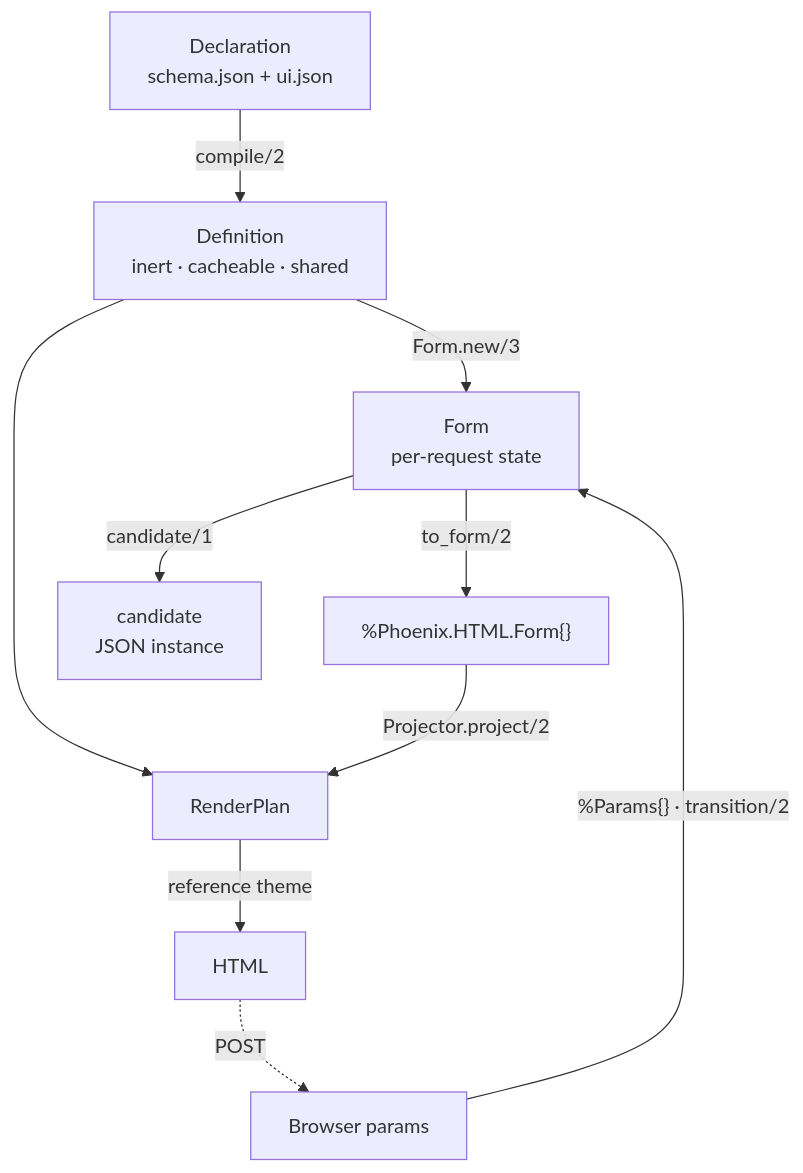
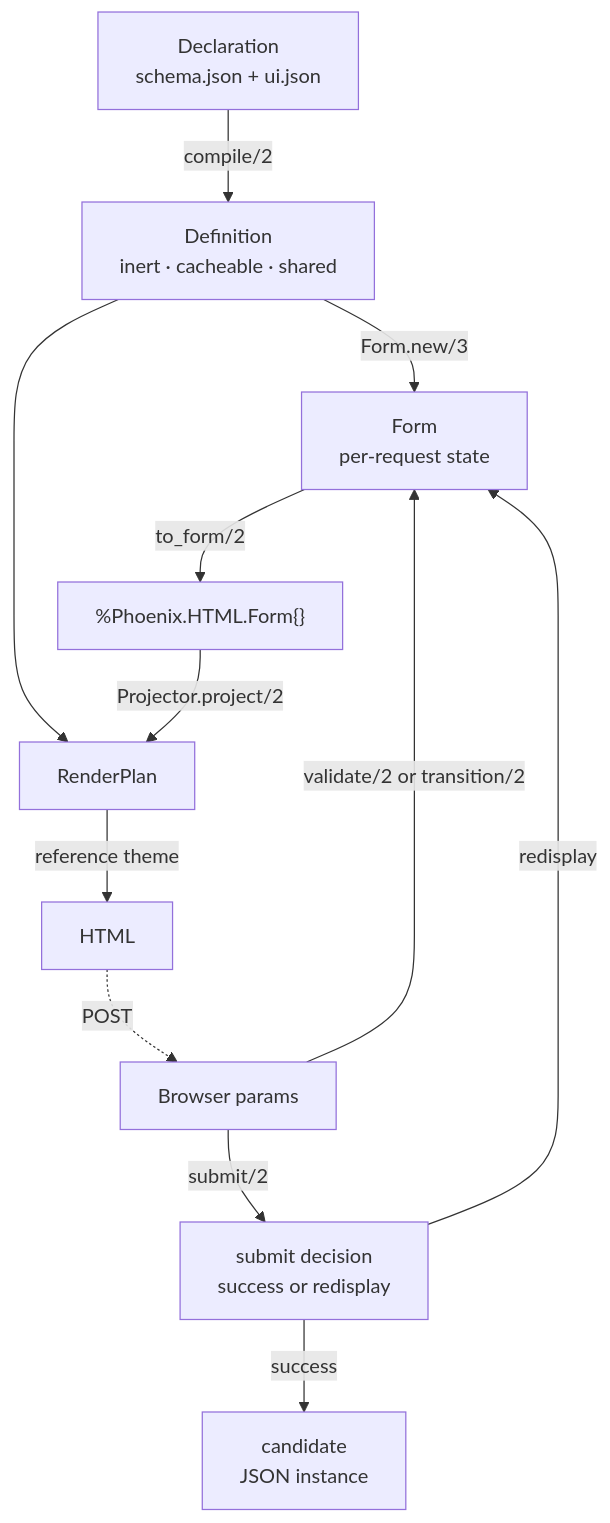
One commit to kioopi/formentation changed the diagram in docs/Formentation/Techdocs/end-to-end-data-flow.md. Above: the diagram before and after it, drawn with Mermaid. The commit also changed other lines of this file and 28 other files, not shown here.

````diff
--- a/docs/Formentation/Techdocs/end-to-end-data-flow.md
+++ b/docs/Formentation/Techdocs/end-to-end-data-flow.md
@@ -29,23 +29,26 @@
 ```mermaid
 flowchart TD
     Decl["Declaration<br/>schema.json + ui.json"]
     Def["Definition<br/>inert · cacheable · shared"]
     State["Form<br/>per-request state"]
     PForm["%Phoenix.HTML.Form{}"]
     Plan["RenderPlan"]
     HTML["HTML"]
     Params["Browser params"]
+    Decision["submit decision<br/>success or redisplay"]
     Cand["candidate<br/>JSON instance"]
 
     Decl -->|"compile/2"| Def
     Def -->|"Form.new/3"| State
     State -->|"to_form/2"| PForm
     Def --> Plan
     PForm -->|"Projector.project/2"| Plan
     Plan -->|"reference theme"| HTML
     HTML -.->|"POST"| Params
-    Params -->|"%Params{} · transition/2"| State
-    State -->|"candidate/1"| Cand
+    Params -->|"validate/2 or transition/2"| State
+    Params -->|"submit/2"| Decision
+    Decision -->|"success"| Cand
+    Decision -->|"redisplay"| State
 
     class Def,State,Plan internal-link
 ```
````
